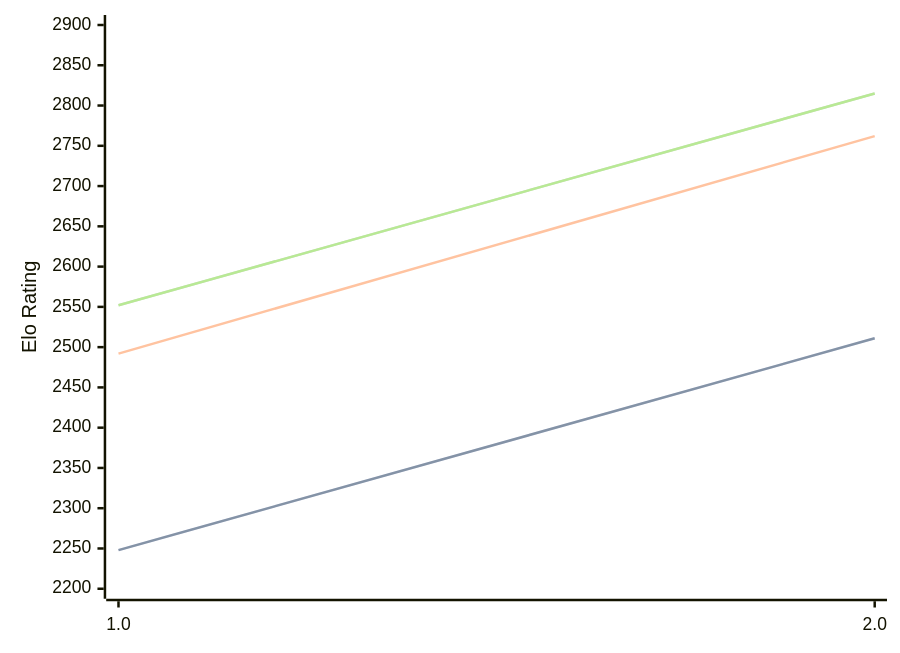
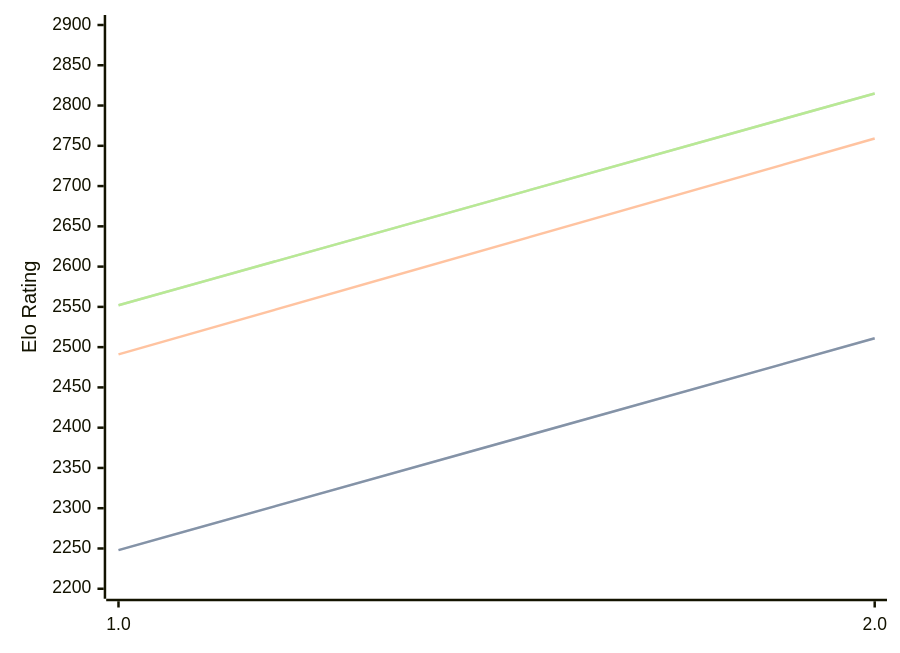
One commit to computer-chess-index/cci changed the diagram in engines/Revolver.md. Above: the diagram before and after it, drawn with Mermaid. The commit also changed other lines of this file, not shown here.

````diff
--- a/engines/Revolver.md
+++ b/engines/Revolver.md
@@ -32,11 +32,11 @@
 ```mermaid
 %%{init: {"theme":"base","themeVariables":{"seriesColors:['#a3a3a3','#222221','#faa371']}}}%%
 xychart-beta
   x-axis ["1.0", "2.0"]
   y-axis "Elo Rating" 2200 --> 2900
   line "STC (8.0+0.08s)" [2248, 2511]
   line "STC (8.0+0.08s)" [2248, 2511]
-  line "LTC (60.0+0.60s)" [2492, 2762]
+  line "LTC (60.0+0.60s)" [2491, 2759]
   line "VLTC (2m24s+1.12s)" [2552, 2815]
   line "VLTC (2m24s+1.12s)" [2552, 2815]
 ```
````
